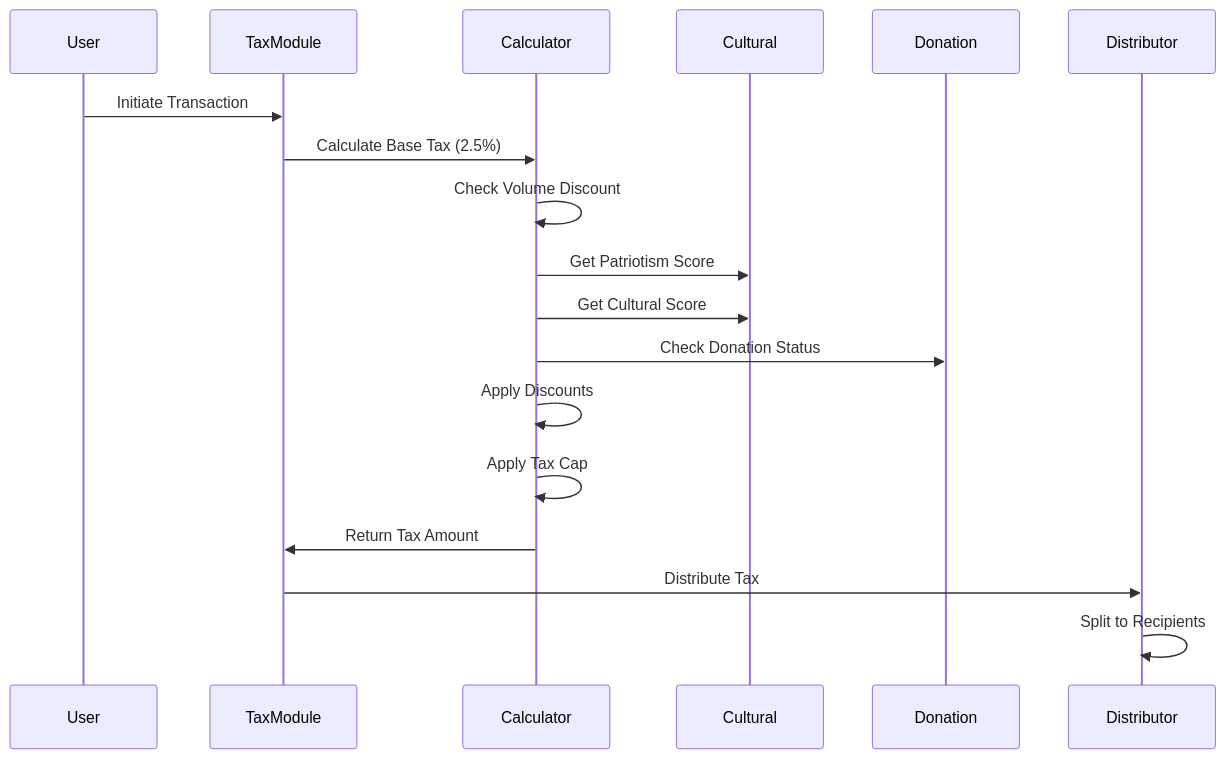
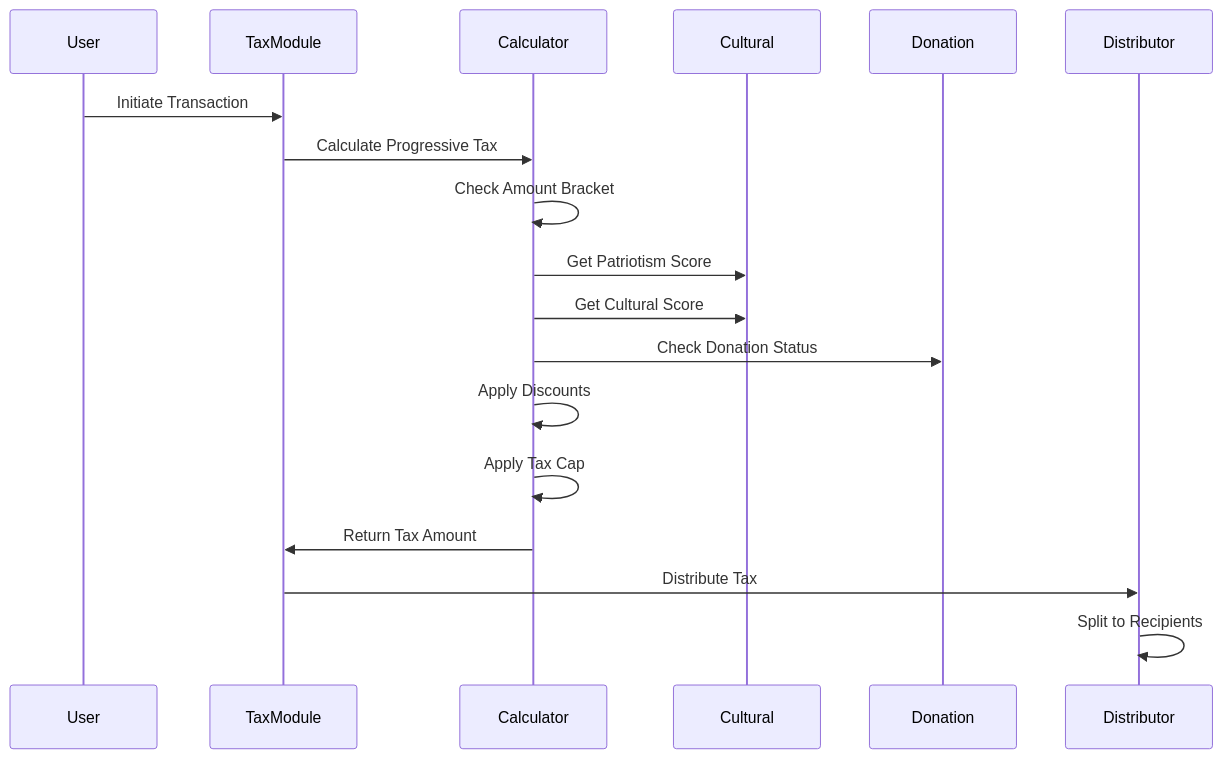
The fifth of 9 diagrams in docs/modules/TAX_MODULE.md (DeshChain/DeshChain-Ecosystem), drawn with Mermaid before and after one commit. The commit also changed other lines of this file and 32 other files, not shown here.

````diff
--- a/docs/modules/TAX_MODULE.md
+++ b/docs/modules/TAX_MODULE.md
@@ -106,24 +114,24 @@
 ```mermaid
 sequenceDiagram
     participant User
     participant TaxModule
     participant Calculator
     participant Cultural
     participant Donation
     participant Distributor
     
     User->>TaxModule: Initiate Transaction
-    TaxModule->>Calculator: Calculate Base Tax (2.5%)
+    TaxModule->>Calculator: Calculate Progressive Tax
     
-    Calculator->>Calculator: Check Volume Discount
+    Calculator->>Calculator: Check Amount Bracket
     Calculator->>Cultural: Get Patriotism Score
     Calculator->>Cultural: Get Cultural Score
     Calculator->>Donation: Check Donation Status
     
     Calculator->>Calculator: Apply Discounts
     Calculator->>Calculator: Apply Tax Cap
     
     Calculator->>TaxModule: Return Tax Amount
     TaxModule->>Distributor: Distribute Tax
     Distributor->>Distributor: Split to Recipients
 ```
````
